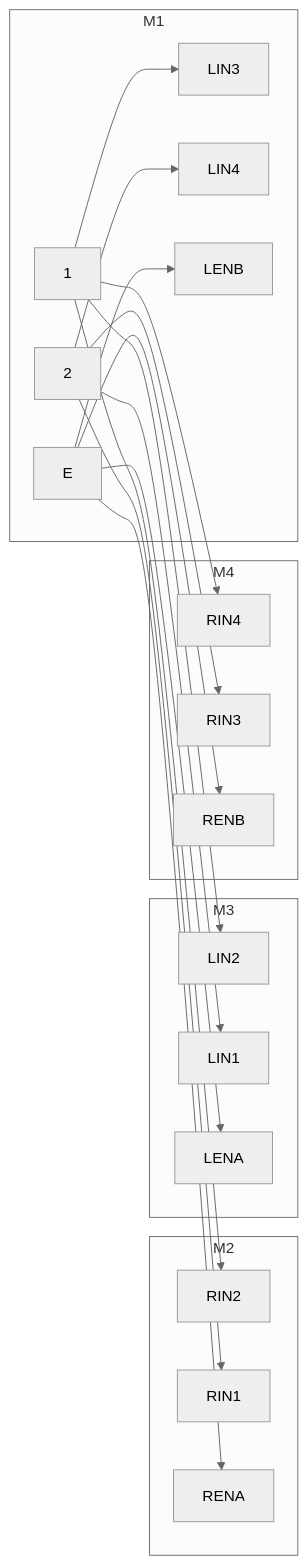
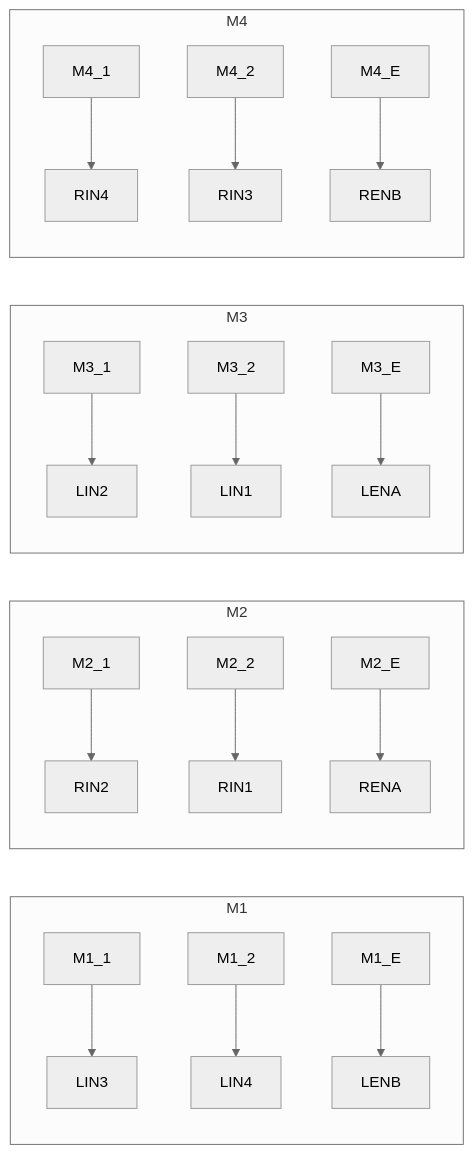
One commit to discodyer/bt_car changed the diagram in README.md. Above: the diagram before and after it, drawn with Mermaid (neutral theme).

Commit message:
修改了开发者文档

````diff
--- a/README.md
+++ b/README.md
@@ -24,23 +24,23 @@
 ```mermaid
 graph LR
     subgraph M1
-        1-->LIN3
-        2-->LIN4
-        E-->LENB
+        M1_1-->LIN3
+        M1_2-->LIN4
+        M1_E-->LENB
     end
     subgraph M2
-        1-->RIN2
-        2-->RIN1
-        E-->RENA
+        M2_1-->RIN2
+        M2_2-->RIN1
+        M2_E-->RENA
     end
     subgraph M3
-        1-->LIN2
-        2-->LIN1
-        E-->LENA
+        M3_1-->LIN2
+        M3_2-->LIN1
+        M3_E-->LENA
     end
     subgraph M4
-        1-->RIN4
-        2-->RIN3
-        E-->RENB
+        M4_1-->RIN4
+        M4_2-->RIN3
+        M4_E-->RENB
     end
 ```
````
